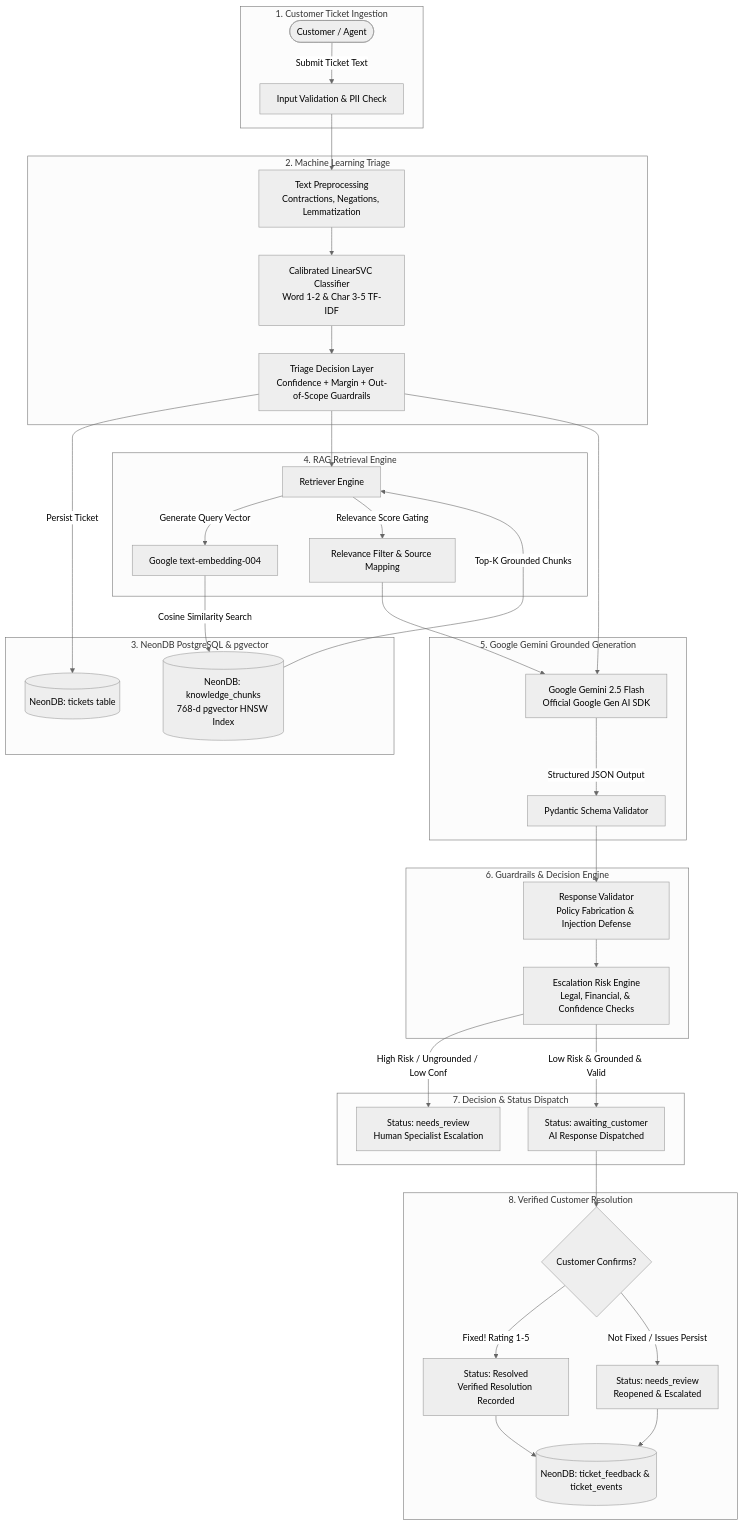
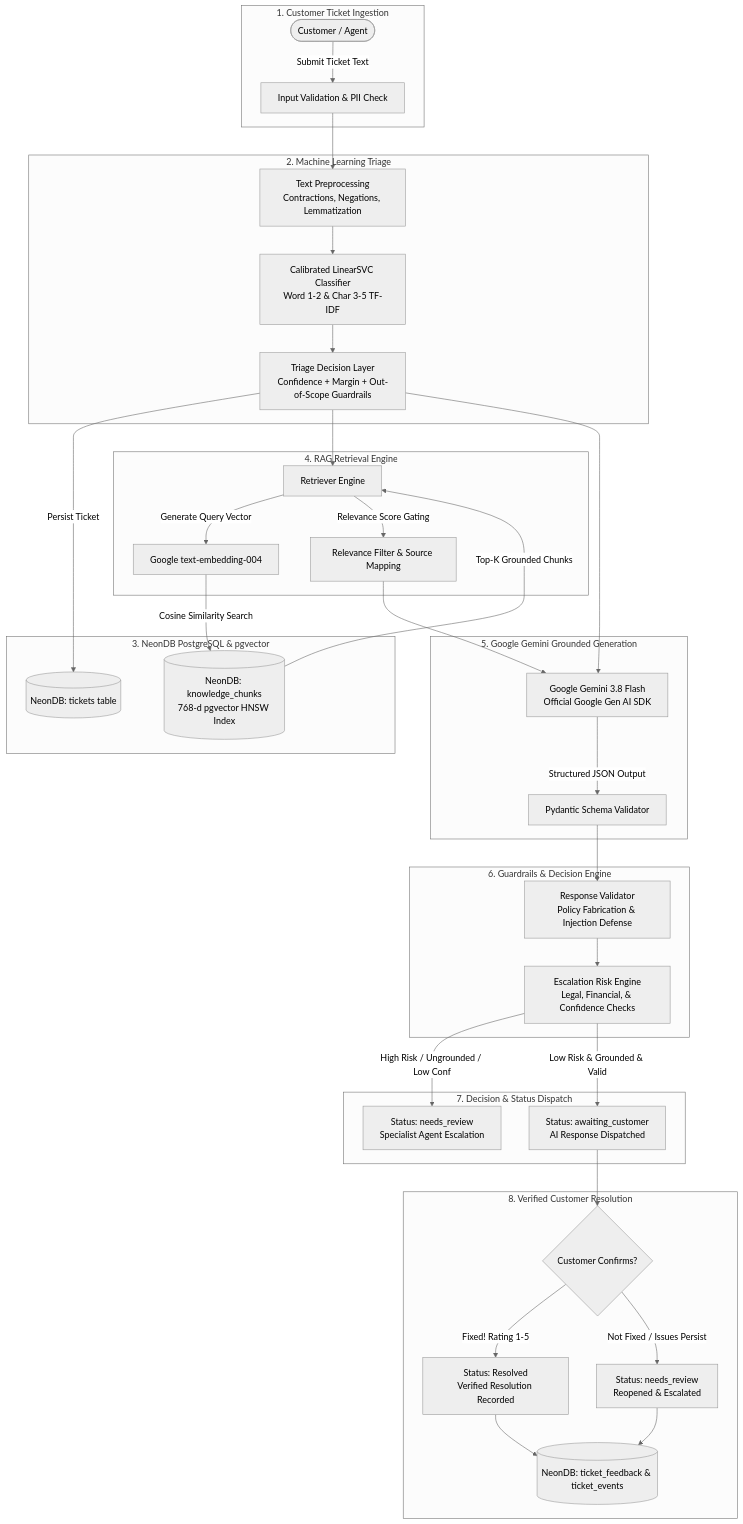
One commit to irfan-shekh/ai_ticket changed the diagram in README.md. Above: the diagram before and after it, drawn with Mermaid (neutral theme). The commit also changed other lines of this file and 3 other files, not shown here.

````diff
--- a/README.md
+++ b/README.md
@@ -41,48 +41,48 @@
 ```mermaid
 flowchart TD
     subgraph Ingestion["1. Customer Ticket Ingestion"]
         User([Customer / Agent]) -->|Submit Ticket Text| InputVal[Input Validation & PII Check]
     end
 
     subgraph ML_Triage["2. Machine Learning Triage"]
         InputVal --> Preproc[Text Preprocessing<br/>Contractions, Negations, Lemmatization]
         Preproc --> LinearSVC[Calibrated LinearSVC Classifier<br/>Word 1-2 & Char 3-5 TF-IDF]
         LinearSVC --> TriageLayer[Triage Decision Layer<br/>Confidence + Margin + Out-of-Scope Guardrails]
     end
 
     subgraph Storage_Neon["3. NeonDB PostgreSQL & pgvector"]
         TriageLayer -->|Persist Ticket| DB_Tickets[(NeonDB: tickets table)]
         DB_KB[(NeonDB: knowledge_chunks<br/>768-d pgvector HNSW Index)]
     end
 
     subgraph RAG_Engine["4. RAG Retrieval Engine"]
         TriageLayer --> Retriever[Retriever Engine]
         Retriever -->|Generate Query Vector| Embedder[Google text-embedding-004]
         Embedder -->|Cosine Similarity Search| DB_KB
         DB_KB -->|Top-K Grounded Chunks| Retriever
         Retriever -->|Relevance Score Gating| Filter[Relevance Filter & Source Mapping]
     end
 
     subgraph LLM_Gen["5. Google Gemini Grounded Generation"]
-        Filter --> GeminiClient[Google Gemini 2.5 Flash<br/>Official Google Gen AI SDK]
+        Filter --> GeminiClient[Google Gemini 3.8 Flash<br/>Official Google Gen AI SDK]
         TriageLayer --> GeminiClient
         GeminiClient -->|Structured JSON Output| PydanticValidator[Pydantic Schema Validator]
     end
 
     subgraph Safety_Gating["6. Guardrails & Decision Engine"]
         PydanticValidator --> SafetyValidator[Response Validator<br/>Policy Fabrication & Injection Defense]
         SafetyValidator --> RiskEngine[Escalation Risk Engine<br/>Legal, Financial, & Confidence Checks]
     end
 
     subgraph Workflow["7. Decision & Status Dispatch"]
-        RiskEngine -->|High Risk / Ungrounded / Low Conf| HumanQueue[Status: needs_review<br/>Human Specialist Escalation]
+        RiskEngine -->|High Risk / Ungrounded / Low Conf| HumanQueue[Status: needs_review<br/>Specialist Agent Escalation]
         RiskEngine -->|Low Risk & Grounded & Valid| AutoRespond[Status: awaiting_customer<br/>AI Response Dispatched]
     end
 
     subgraph Feedback_Loop["8. Verified Customer Resolution"]
         AutoRespond --> CustomerAction{Customer Confirms?}
         CustomerAction -->|Fixed! Rating 1-5| VerifiedResolved[Status: Resolved<br/>Verified Resolution Recorded]
         CustomerAction -->|Not Fixed / Issues Persist| Reopened[Status: needs_review<br/>Reopened & Escalated]
         VerifiedResolved & Reopened --> DB_Audit[(NeonDB: ticket_feedback & ticket_events)]
     end
 ```
````
